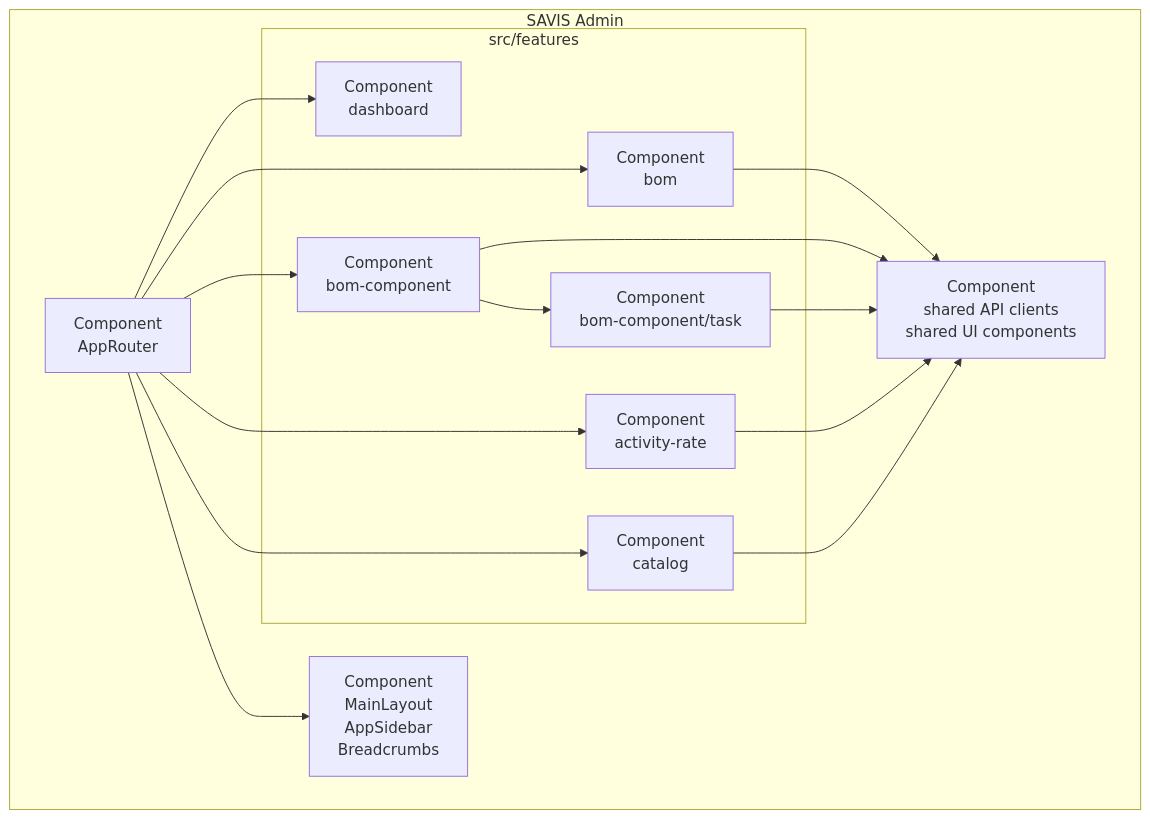
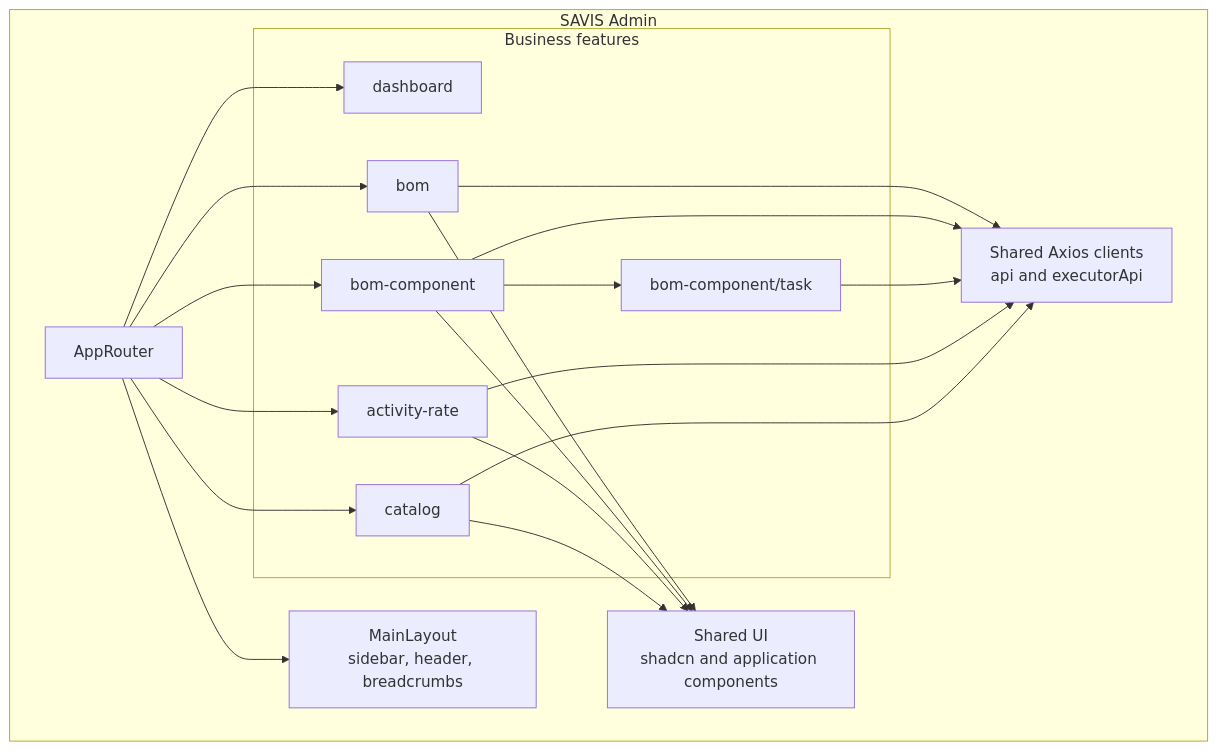
Before and after one commit to wiljeanlouis/savis: the sixth of 17 diagrams in docs/ARCHITECTURE.md, drawn with Mermaid. The commit also changed other lines of this file and 4 other files, not shown here.

First line of the commit message:
docs: Enhance documentation across SAVIS components with navigation sections, clarify API behaviors, and update configuration details. (#7)

````diff
--- a/docs/ARCHITECTURE.md
+++ b/docs/ARCHITECTURE.md
@@ -253,31 +376,37 @@
 ```mermaid
 flowchart TB
-  subgraph Admin[SAVIS Admin]
-    Router["Component<br/>AppRouter"]
-    Layout["Component<br/>MainLayout<br/>AppSidebar<br/>Breadcrumbs"]
-    Shared["Component<br/>shared API clients<br/>shared UI components"]
+  subgraph Admin["SAVIS Admin"]
+    Router["AppRouter"]
+    Layout["MainLayout<br/>sidebar, header, breadcrumbs"]
+    ApiClients["Shared Axios clients<br/>api and executorApi"]
+    SharedUi["Shared UI<br/>shadcn and application components"]
 
-    subgraph Features[src/features]
-      Dashboard["Component<br/>dashboard"]
-      BomFeature["Component<br/>bom"]
-      BomComponent["Component<br/>bom-component"]
-      BomComponentTask["Component<br/>bom-component/task"]
-      ActivityRate["Component<br/>activity-rate"]
-      CatalogFeature["Component<br/>catalog"]
+    subgraph Features["Business features"]
+      Dashboard["dashboard"]
+      Bom["bom"]
+      Components["bom-component"]
+      Tasks["bom-component/task"]
+      Rates["activity-rate"]
+      Catalog["catalog"]
     end
   end
 
   Router --> Layout
   Router --> Dashboard
-  Router --> BomFeature
-  Router --> BomComponent
-  BomComponent --> BomComponentTask
-  Router --> ActivityRate
-  Router --> CatalogFeature
+  Router --> Bom
+  Router --> Components
+  Components --> Tasks
+  Router --> Rates
+  Router --> Catalog
 
-  BomFeature --> Shared
-  BomComponent --> Shared
-  BomComponentTask --> Shared
-  ActivityRate --> Shared
-  CatalogFeature --> Shared
+  Bom --> ApiClients
+  Components --> ApiClients
+  Tasks --> ApiClients
+  Rates --> ApiClients
+  Catalog --> ApiClients
+
+  Bom --> SharedUi
+  Components --> SharedUi
+  Rates --> SharedUi
+  Catalog --> SharedUi
 ```
````
